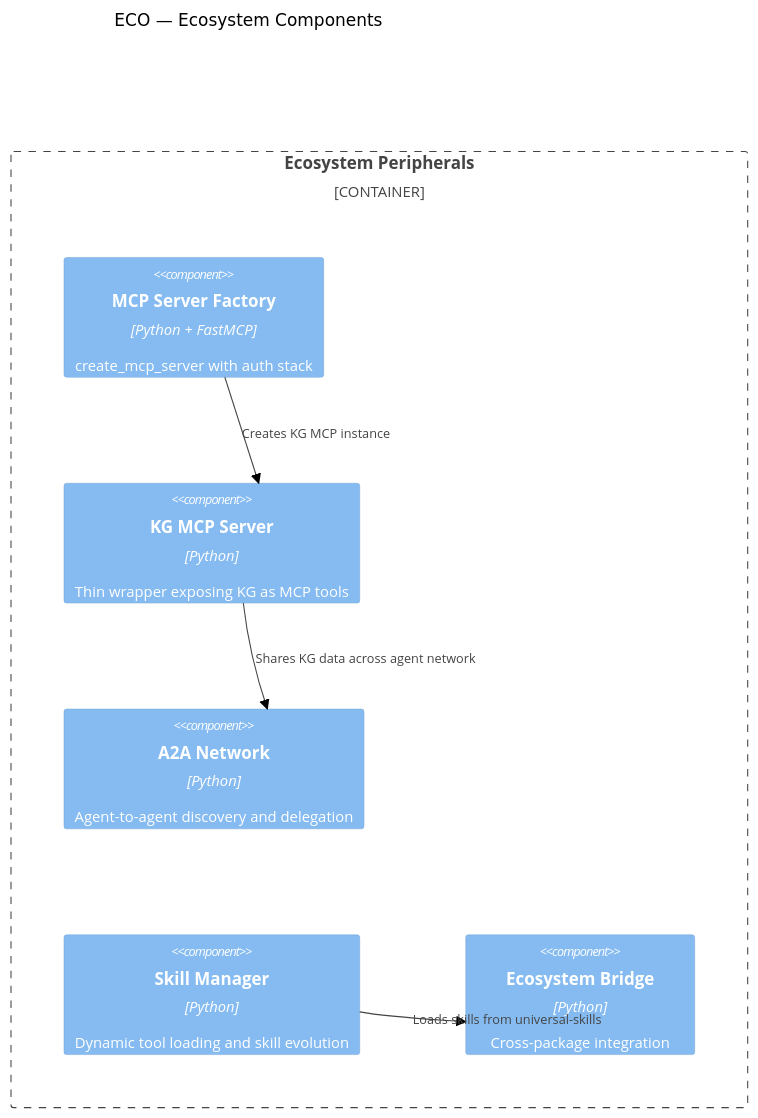
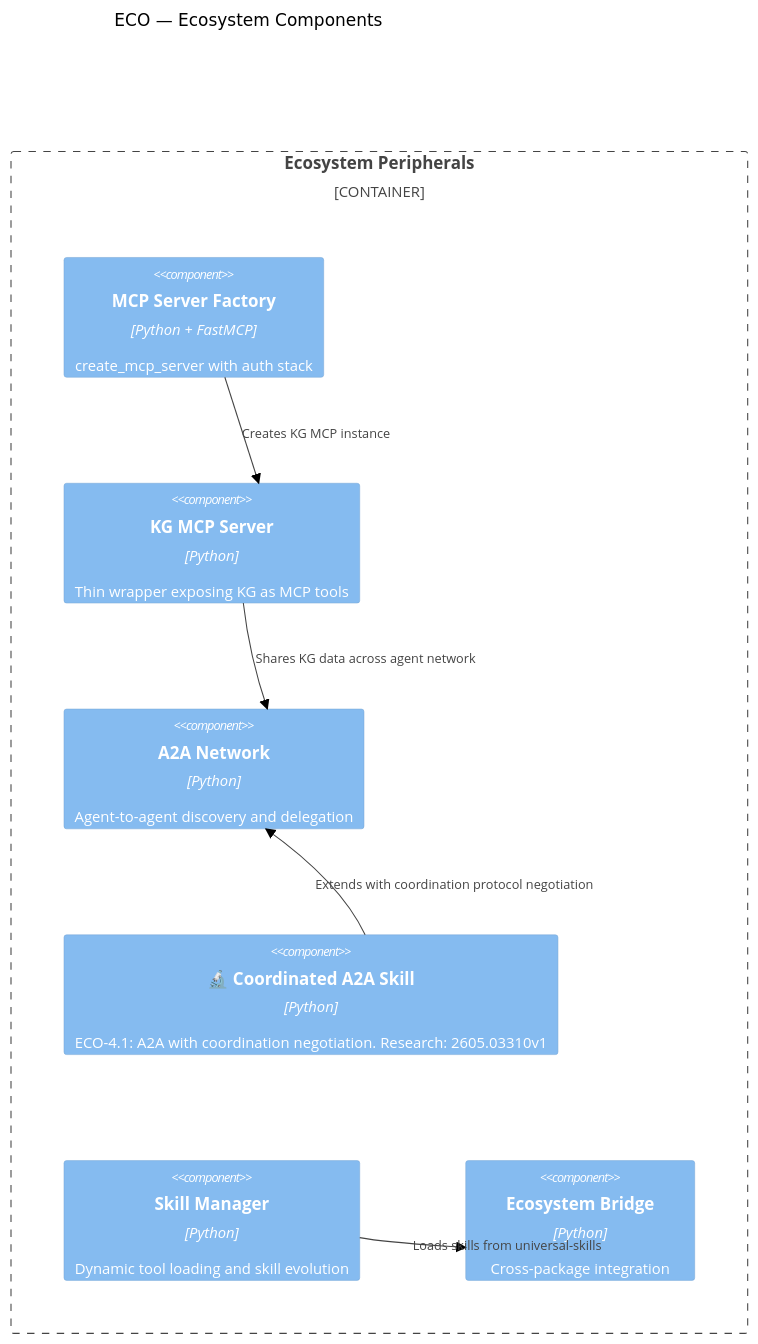
One commit to Knuckles-Team/agent-utilities changed the sixth of 9 diagrams in docs/pillars/architecture_c4.md. Above: the diagram before and after it, drawn with Mermaid (forest theme). The commit also changed other lines of this file and 234 other files, not shown here.

````diff
--- a/docs/pillars/architecture_c4.md
+++ b/docs/pillars/architecture_c4.md
@@ -134,16 +154,18 @@
 ```mermaid
 C4Component
     title ECO — Ecosystem Components
 
     Container_Boundary(eco, "Ecosystem Peripherals") {
         Component(mcp_factory, "MCP Server Factory", "Python + FastMCP", "create_mcp_server with auth stack")
         Component(kg_mcp, "KG MCP Server", "Python", "Thin wrapper exposing KG as MCP tools")
         Component(a2a, "A2A Network", "Python", "Agent-to-agent discovery and delegation")
+        Component(coord_a2a, "🔬 Coordinated A2A Skill", "Python", "ECO-4.1: A2A with coordination negotiation. Research: 2605.03310v1")
         Component(skill_mgr, "Skill Manager", "Python", "Dynamic tool loading and skill evolution")
         Component(bridge, "Ecosystem Bridge", "Python", "Cross-package integration")
     }
 
     Rel(mcp_factory, kg_mcp, "Creates KG MCP instance")
     Rel(kg_mcp, a2a, "Shares KG data across agent network")
+    Rel(coord_a2a, a2a, "Extends with coordination protocol negotiation")
     Rel(skill_mgr, bridge, "Loads skills from universal-skills")
 ```
````
